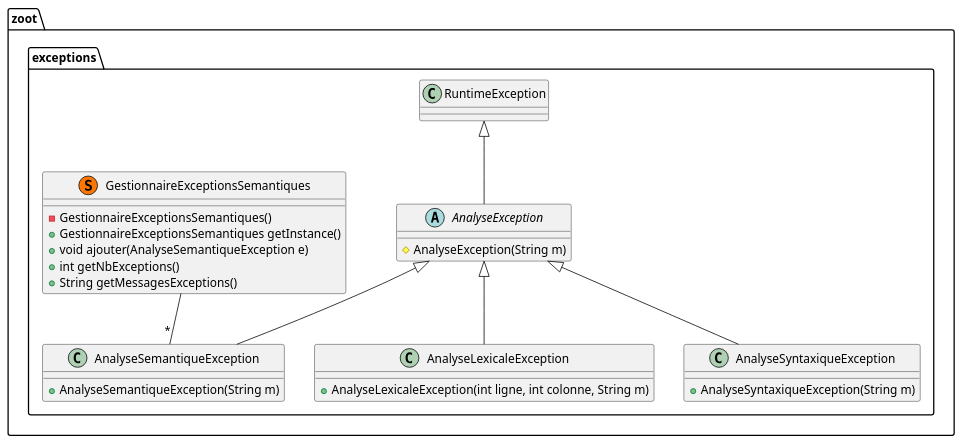
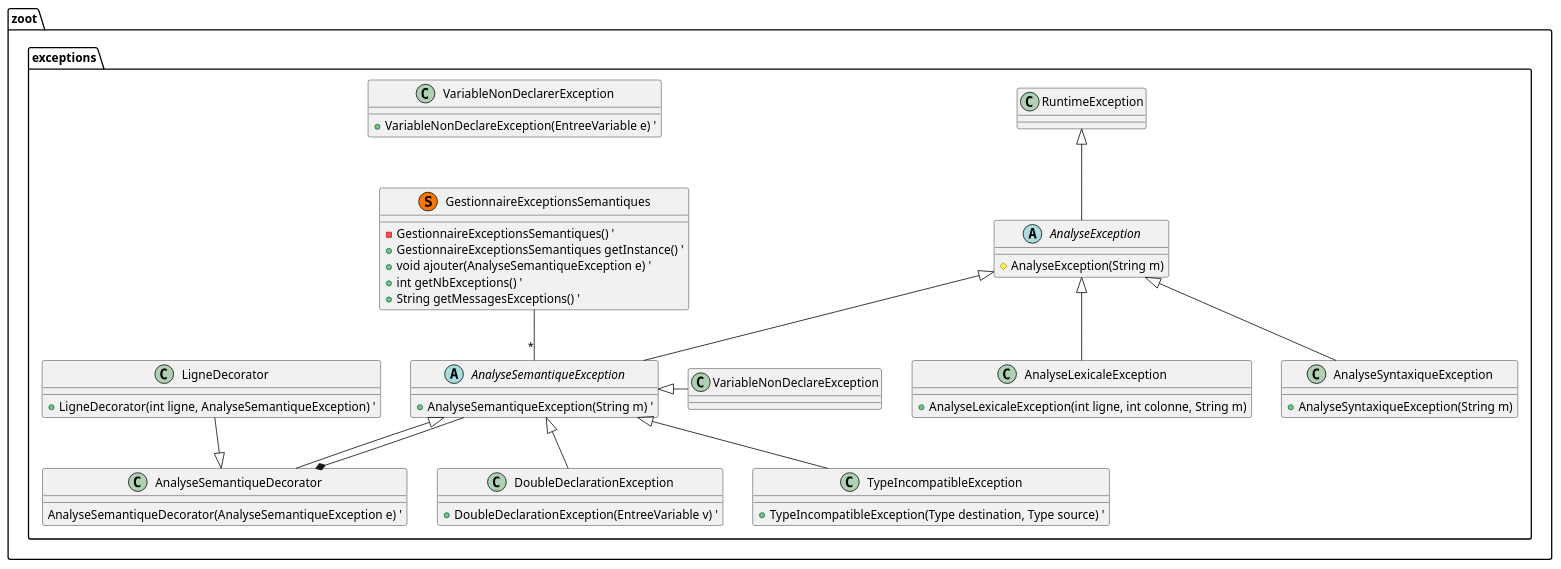
One commit to lmtb06/zoot changed the diagram in diagrammes/classe/exceptions.puml. Above: the diagram before and after it, drawn with PlantUML. The commit also changed 5 other files, not shown here.

```diff
--- a/diagrammes/classe/exceptions.puml
+++ b/diagrammes/classe/exceptions.puml
@@ -1,37 +1,63 @@
 @startuml "Package exceptions"
 
 namespace zoot.exceptions {
     ' Includes
     ' Classes
-    class GestionnaireExceptionsSemantiques << (S,#FF7700) >> {
-    - GestionnaireExceptionsSemantiques()
-    + GestionnaireExceptionsSemantiques getInstance()
-    + void ajouter(AnalyseSemantiqueException e)
-    + int getNbExceptions()
-    + String getMessagesExceptions()
-  }
-
     abstract class AnalyseException {
         # AnalyseException(String m)
     }
 
     class AnalyseLexicaleException {
         + AnalyseLexicaleException(int ligne, int colonne, String m)
     }
 
     class AnalyseSyntaxiqueException {
         + AnalyseSyntaxiqueException(String m)
     }
 
-    class AnalyseSemantiqueException {
-        + AnalyseSemantiqueException(String m)
+    abstract class AnalyseSemantiqueException {
+        + AnalyseSemantiqueException(String m) '
+    }
+
+    class GestionnaireExceptionsSemantiques << (S,#FF7700) >> {
+        - GestionnaireExceptionsSemantiques() '
+        + GestionnaireExceptionsSemantiques getInstance() '
+        + void ajouter(AnalyseSemantiqueException e) '
+        + int getNbExceptions() '
+        + String getMessagesExceptions() '
+    }
+
+    class AnalyseSemantiqueDecorator {
+        AnalyseSemantiqueDecorator(AnalyseSemantiqueException e) '
+    }
+
+    class DoubleDeclarationException {
+        + DoubleDeclarationException(EntreeVariable v) '
+    }
+
+    class TypeIncompatibleException {
+        + TypeIncompatibleException(Type destination, Type source) '
+    }
+
+    class VariableNonDeclarerException {
+        + VariableNonDeclareException(EntreeVariable e) '
+    }
+
+    class LigneDecorator {
+        + LigneDecorator(int ligne, AnalyseSemantiqueException) '
     }
 
     ' Relations entre les classes
     AnalyseException -up-|> RuntimeException
     AnalyseLexicaleException -up-|> AnalyseException
     AnalyseSyntaxiqueException -up-|> AnalyseException
     AnalyseSemantiqueException -up-|> AnalyseException
+    AnalyseSemantiqueDecorator -up-|> AnalyseSemantiqueException
+    AnalyseSemantiqueDecorator *-- AnalyseSemantiqueException
+    DoubleDeclarationException -up-|> AnalyseSemantiqueException
+    TypeIncompatibleException -up-|> AnalyseSemantiqueException
+    VariableNonDeclareException -left-|> AnalyseSemantiqueException
+    LigneDecorator --|> AnalyseSemantiqueDecorator
     GestionnaireExceptionsSemantiques -down-"*" AnalyseSemantiqueException
 }
 @enduml
```
